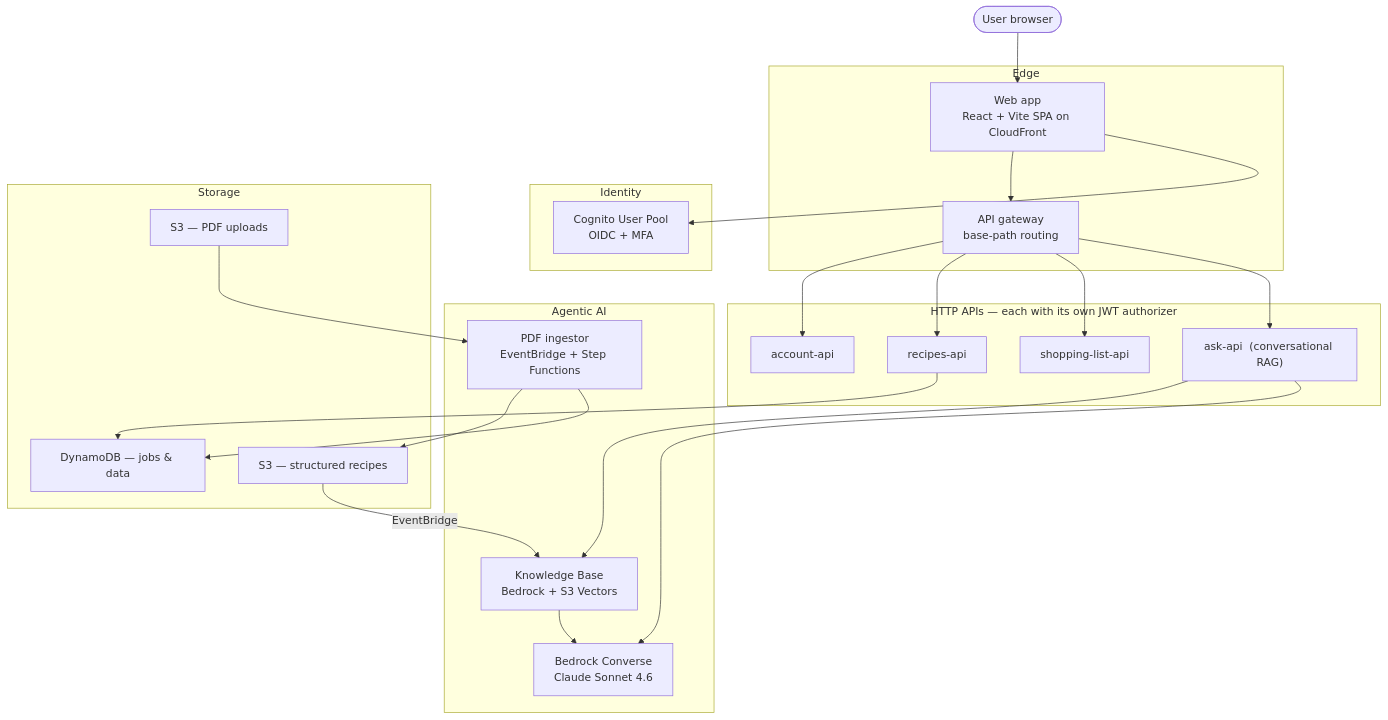
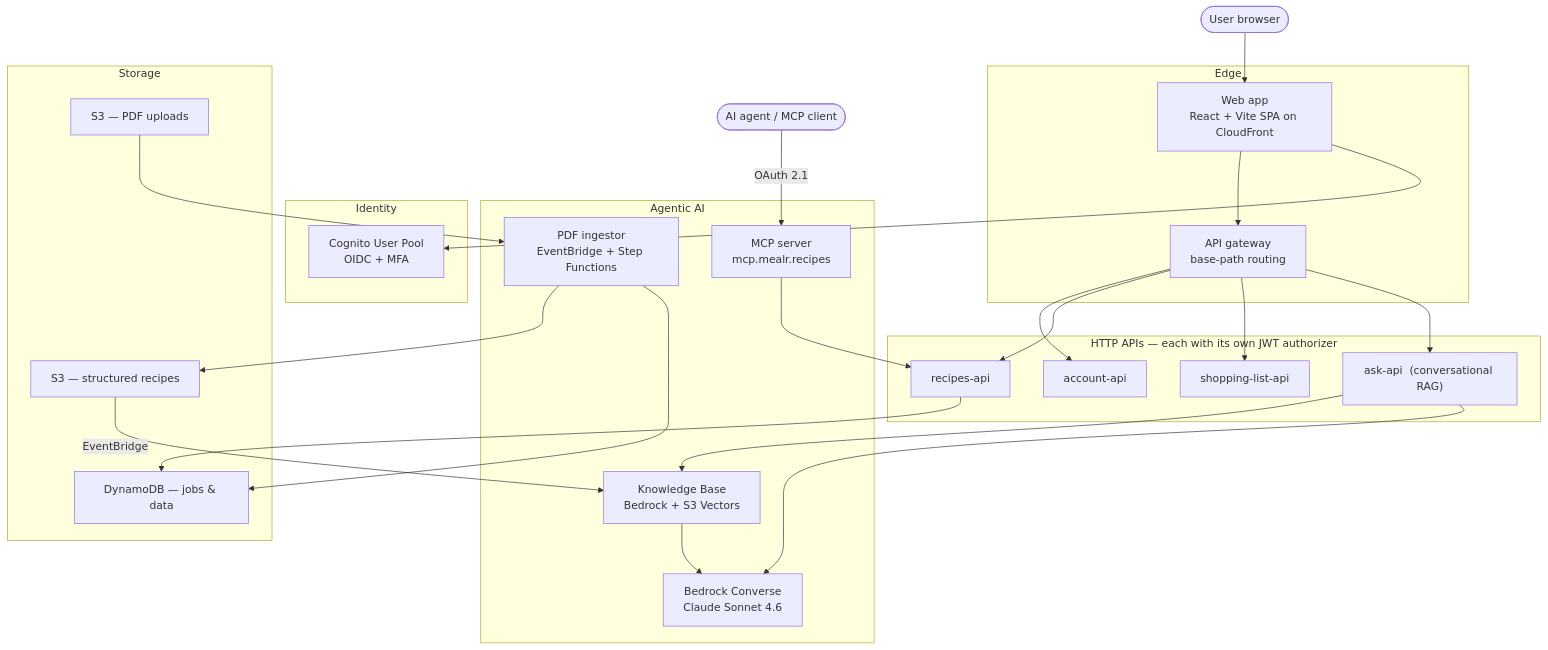
The diagram in README.md (dbryant4/mealr-case-study), drawn with Mermaid before and after one commit. The commit also changed other lines of this file and 1 other file, not shown here.

Commit message:
Add MCP server (mealr-mcp) to architecture, docs, and diagram

````diff
--- a/README.md
+++ b/README.md
@@ -62,42 +69,46 @@
 ```mermaid
 flowchart TB
   user(["User browser"])
 
   subgraph edge ["Edge"]
     web["Web app<br/>React + Vite SPA on CloudFront"]
     gw["API gateway<br/>base-path routing"]
   end
 
   subgraph identity ["Identity"]
     cognito["Cognito User Pool<br/>OIDC + MFA"]
   end
 
   subgraph apis ["HTTP APIs — each with its own JWT authorizer"]
     account["account-api"]
     recipes["recipes-api"]
     shopping["shopping-list-api"]
     ask["ask-api  (conversational RAG)"]
   end
 
   subgraph ai ["Agentic AI"]
     kb["Knowledge Base<br/>Bedrock + S3 Vectors"]
     bedrock["Bedrock Converse<br/>Claude Sonnet 4.6"]
     ingest["PDF ingestor<br/>EventBridge + Step Functions"]
+    mcp["MCP server<br/>mcp.mealr.recipes"]
   end
+
+  agent(["AI agent / MCP client"])
 
   subgraph data ["Storage"]
     s3in["S3 — PDF uploads"]
     s3out["S3 — structured recipes"]
     ddb["DynamoDB — jobs & data"]
   end
 
   user --> web --> gw
   web --> cognito
   gw --> account & recipes & shopping & ask
   s3in --> ingest --> s3out
   s3out -- EventBridge --> kb
   ask --> kb --> bedrock
   ask --> bedrock
+  agent -- OAuth 2.1 --> mcp --> recipes
   recipes --> ddb
   ingest --> ddb
 ```
````
